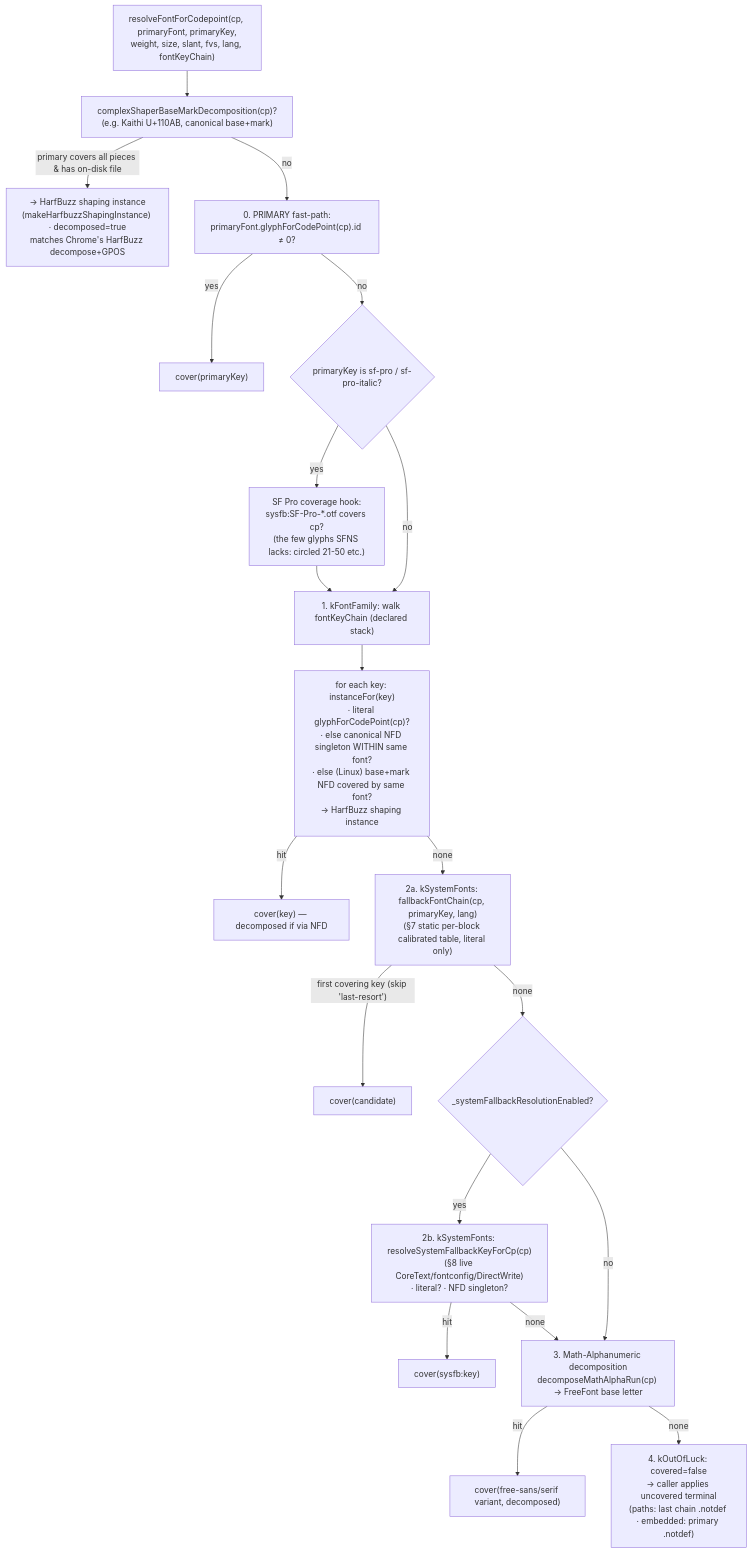
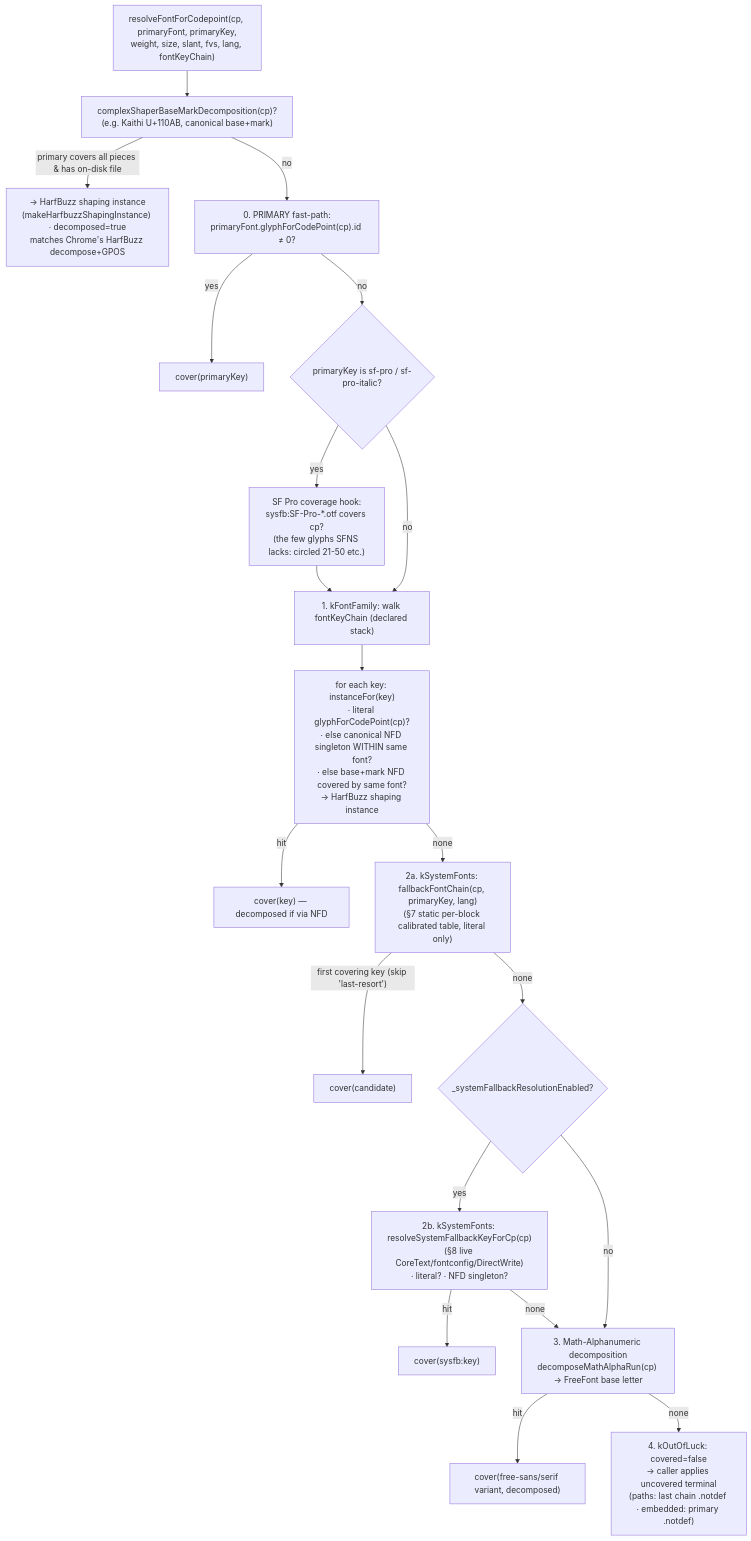
The sixth of 10 diagrams in docs/font-resolution-diagram.md (brianwestphal/domotion), drawn with Mermaid before and after one commit. The commit also changed other lines of this file and 2 other files, not shown here.

````diff
--- a/docs/font-resolution-diagram.md
+++ b/docs/font-resolution-diagram.md
@@ -407,22 +407,22 @@
 ```mermaid
 flowchart TD
   F0["resolveFontForCodepoint(cp, primaryFont, primaryKey,<br/>weight, size, slant, fvs, lang, fontKeyChain)"] --> FC["complexShaperBaseMarkDecomposition(cp)?<br/>(e.g. Kaithi U+110AB, canonical base+mark)"]
   FC -->|"primary covers all pieces & has on-disk file"| FCH["→ HarfBuzz shaping instance<br/>(makeHarfbuzzShapingInstance) · decomposed=true<br/>matches Chrome's HarfBuzz decompose+GPOS"]
   FC -->|"no"| F1["0. PRIMARY fast-path:<br/>primaryFont.glyphForCodePoint(cp).id ≠ 0?"]
   F1 -->|"yes"| F1H["cover(primaryKey)"]
   F1 -->|"no"| FSF{"primaryKey is sf-pro / sf-pro-italic?"}
   FSF -->|"yes"| FSF1["SF Pro coverage hook:<br/>sysfb:SF-Pro-*.otf covers cp?<br/>(the few glyphs SFNS lacks: circled 21-50 etc.)"]
   FSF1 --> F2
   FSF -->|"no"| F2["1. kFontFamily: walk fontKeyChain (declared stack)"]
-  F2 --> F2A["for each key: instanceFor(key)<br/>· literal glyphForCodePoint(cp)?<br/>· else canonical NFD singleton WITHIN same font?<br/>· else (Linux) base+mark NFD covered by same font?<br/>→ HarfBuzz shaping instance"]
+  F2 --> F2A["for each key: instanceFor(key)<br/>· literal glyphForCodePoint(cp)?<br/>· else canonical NFD singleton WITHIN same font?<br/>· else base+mark NFD covered by same font?<br/>→ HarfBuzz shaping instance"]
   F2A -->|"hit"| F2H["cover(key) — decomposed if via NFD"]
   F2A -->|"none"| F3["2a. kSystemFonts: fallbackFontChain(cp, primaryKey, lang)<br/>(§7 static per-block calibrated table, literal only)"]
   F3 -->|"first covering key (skip 'last-resort')"| F3H["cover(candidate)"]
   F3 -->|"none"| F4{"_systemFallbackResolutionEnabled?"}
   F4 -->|"yes"| F4A["2b. kSystemFonts: resolveSystemFallbackKeyForCp(cp)<br/>(§8 live CoreText/fontconfig/DirectWrite)<br/>· literal? · NFD singleton?"]
   F4A -->|"hit"| F4H["cover(sysfb:key)"]
   F4A -->|"none"| F5
   F4 -->|"no"| F5["3. Math-Alphanumeric decomposition<br/>decomposeMathAlphaRun(cp) → FreeFont base letter"]
   F5 -->|"hit"| F5H["cover(free-sans/serif variant, decomposed)"]
   F5 -->|"none"| F6["4. kOutOfLuck: covered=false<br/>→ caller applies uncovered terminal<br/>(paths: last chain .notdef · embedded: primary .notdef)"]
 ```
````
